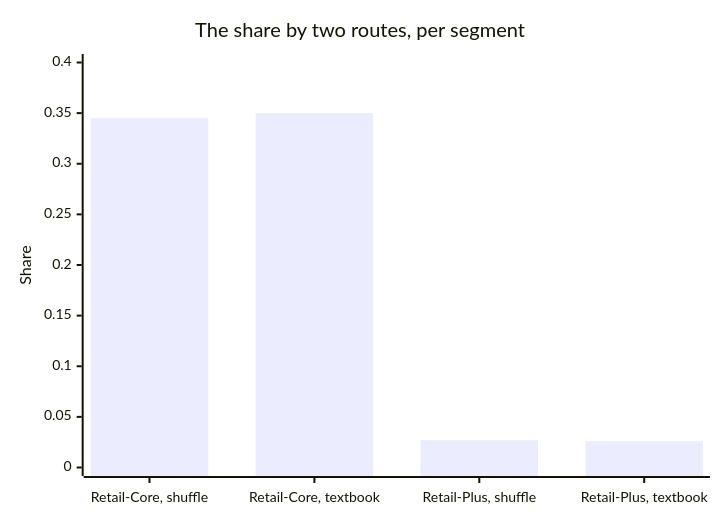
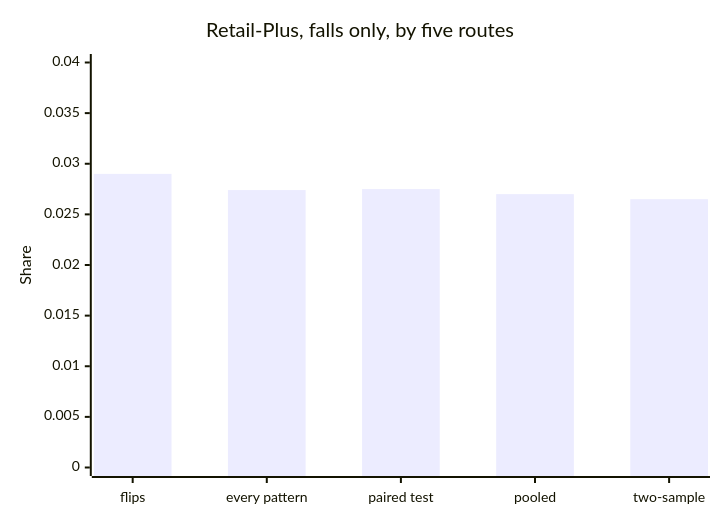
Before and after one commit to fde-academy-lab/c2-content-factory: the ninth of 32 diagrams in content/W01/D4/slides/C2_W01_D04_half1_STUDENT.md, drawn with Mermaid. The commit also changed other lines of this file and 4 other files, not shown here.

````diff
--- a/content/W01/D4/slides/C2_W01_D04_half1_STUDENT.md
+++ b/content/W01/D4/slides/C2_W01_D04_half1_STUDENT.md
@@ -416,7 +429,7 @@
 ```mermaid
 xychart-beta
-    title "The share by two routes, per segment"
-    x-axis ["Retail-Core, shuffle", "Retail-Core, textbook", "Retail-Plus, shuffle", "Retail-Plus, textbook"]
-    y-axis "Share" 0 --> 0.4
-    bar [0.345, 0.350, 0.027, 0.026]
+    title "Retail-Plus, falls only, by five routes"
+    x-axis ["flips", "every pattern", "paired test", "pooled", "two-sample"]
+    y-axis "Share" 0 --> 0.04
+    bar [0.029, 0.0274, 0.0275, 0.027, 0.0265]
 ```
````
